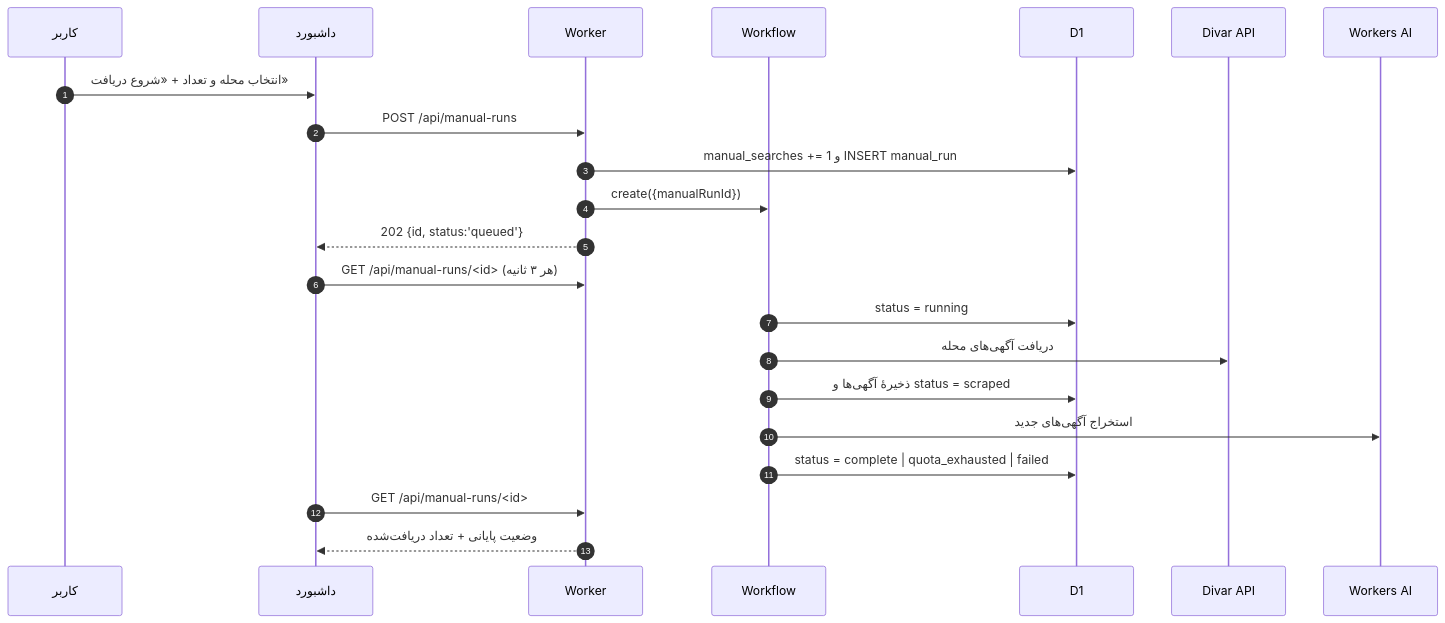
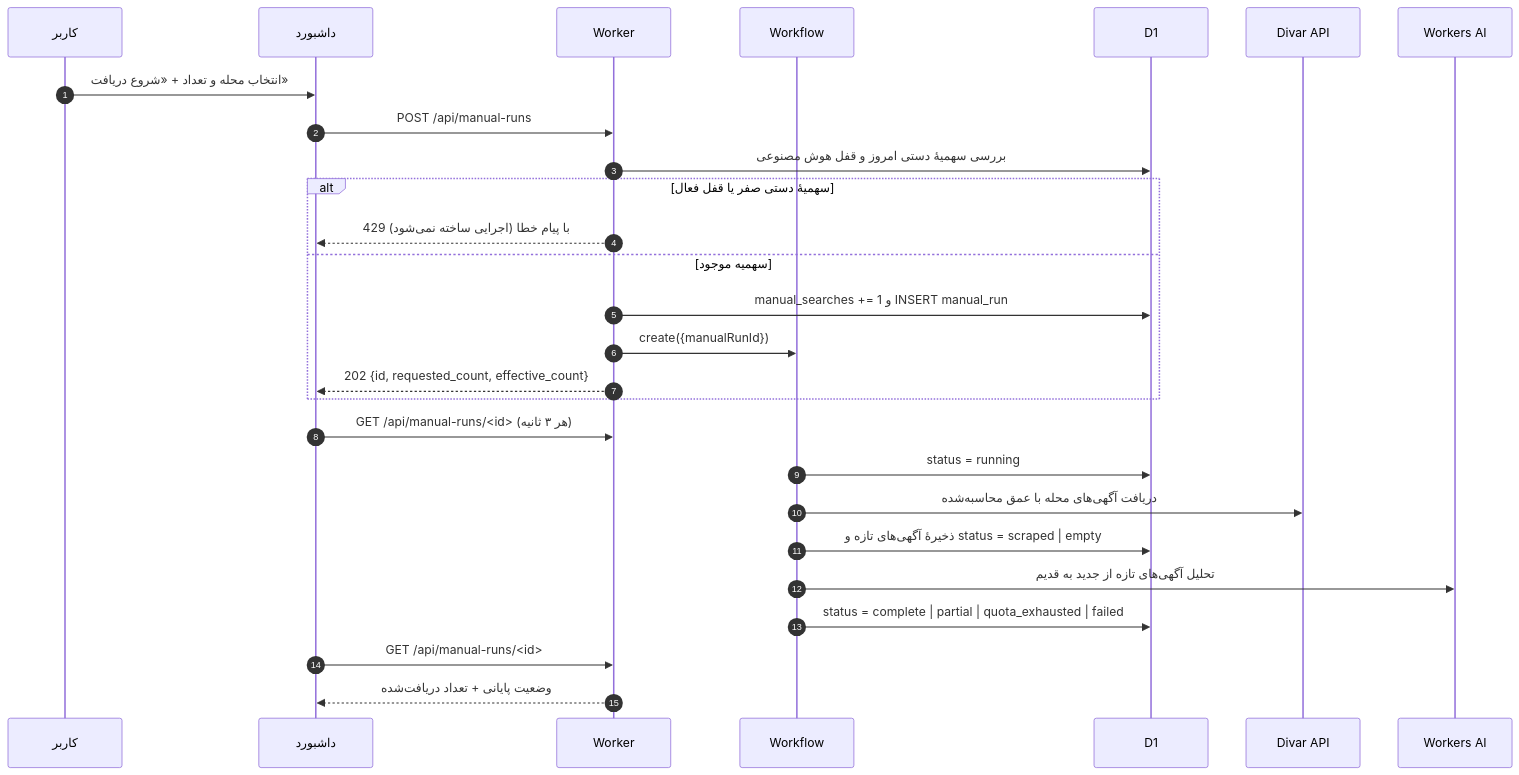
The third of 5 diagrams in README.md (f4r6d/divar-housing-finder), drawn with Mermaid before and after one commit. The commit also changed other lines of this file and 8 other files, not shown here.

First line of the commit message:
Fix manual fetch flow and align docs with behavior

````diff
--- a/README.md
+++ b/README.md
@@ -423,25 +395,30 @@
 ```mermaid
 sequenceDiagram
     autonumber
     participant U as کاربر
     participant UI as داشبورد
     participant W as Worker
     participant WF as Workflow
     participant DB as D1
     participant D as Divar API
     participant AI as Workers AI
 
     U->>UI: انتخاب محله و تعداد + «شروع دریافت»
     UI->>W: POST /api/manual-runs
-    W->>DB: manual_searches += 1 و INSERT manual_run
-    W->>WF: create({manualRunId})
-    W-->>UI: 202 {id, status:'queued'}
+    W->>DB: بررسی سهمیهٔ دستی امروز و قفل هوش مصنوعی
+    alt سهمیهٔ دستی صفر یا قفل فعال
+        W-->>UI: 429 با پیام خطا (اجرایی ساخته نمی‌شود)
+    else سهمیه موجود
+        W->>DB: manual_searches += 1 و INSERT manual_run
+        W->>WF: create({manualRunId})
+        W-->>UI: 202 {id, requested_count, effective_count}
+    end
     UI->>W: GET /api/manual-runs/<id> (هر ۳ ثانیه)
     WF->>DB: status = running
-    WF->>D: دریافت آگهی‌های محله
-    WF->>DB: ذخیرهٔ آگهی‌ها و status = scraped
-    WF->>AI: استخراج آگهی‌های جدید
-    WF->>DB: status = complete | quota_exhausted | failed
+    WF->>D: دریافت آگهی‌های محله با عمق محاسبه‌شده
+    WF->>DB: ذخیرهٔ آگهی‌های تازه و status = scraped | empty
+    WF->>AI: تحلیل آگهی‌های تازه از جدید به قدیم
+    WF->>DB: status = complete | partial | quota_exhausted | failed
     UI->>W: GET /api/manual-runs/<id>
     W-->>UI: وضعیت پایانی + تعداد دریافت‌شده
 ```
````
